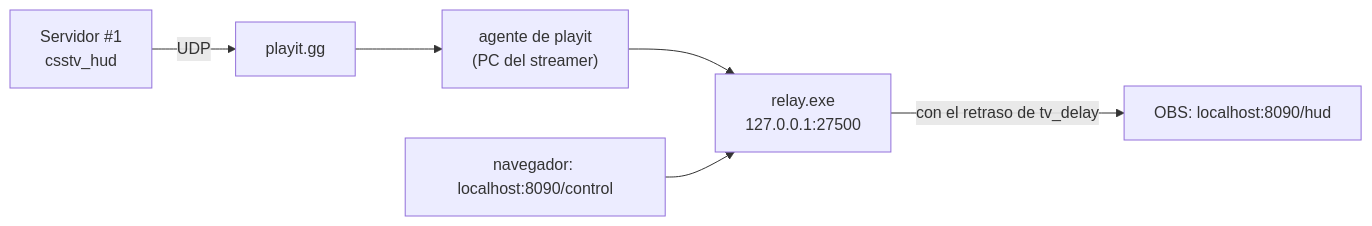
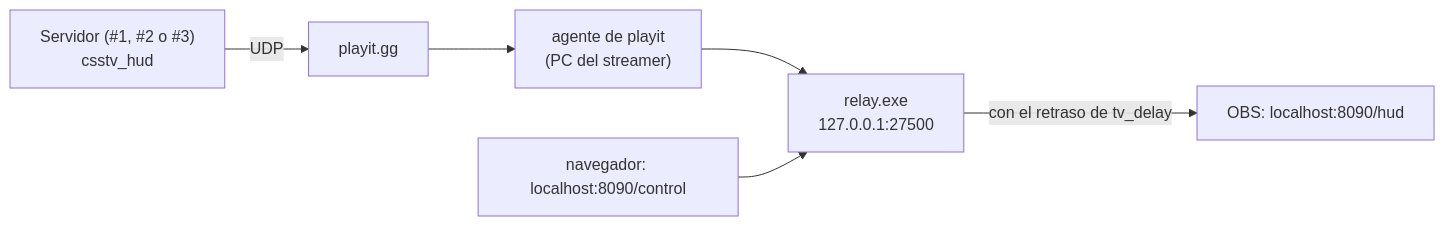
The diagram in hud/relay/README.md (mchssj/v34frag), drawn with Mermaid before and after one commit. The commit also changed other lines of this file and 6 other files, not shown here.

First line of the commit message:
docs: numeración nueva de los servidores, revisión del #1 y key del panel de flow

````diff
--- a/hud/relay/README.md
+++ b/hud/relay/README.md
@@ -5,6 +5,6 @@
 ```mermaid
 flowchart LR
-  P["Servidor #1<br/>csstv_hud"] -- UDP --> T["playit.gg"] --> A["agente de playit<br/>(PC del streamer)"] --> R["relay.exe<br/>127.0.0.1:27500"]
+  P["Servidor (#1, #2 o #3)<br/>csstv_hud"] -- UDP --> T["playit.gg"] --> A["agente de playit<br/>(PC del streamer)"] --> R["relay.exe<br/>127.0.0.1:27500"]
   R -- "con el retraso de tv_delay" --> O["OBS: localhost:8090/hud"]
   C["navegador: localhost:8090/control"] --> R
 ```
````
